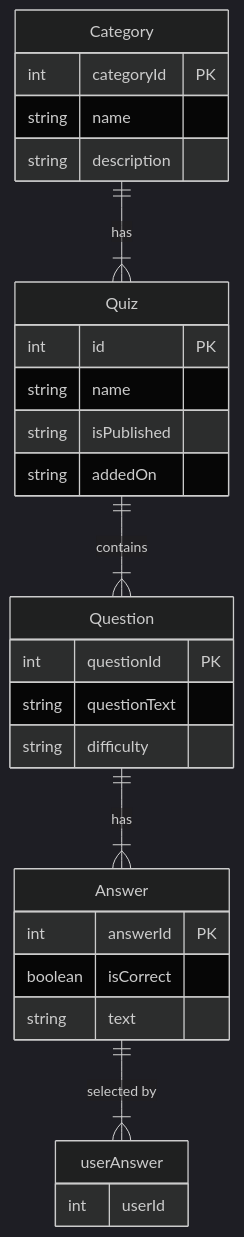
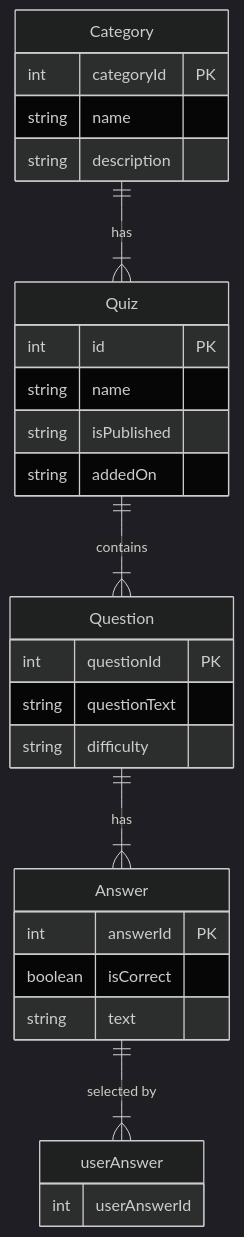
The diagram in README.md (NULL-Haaga-Helia/Quiz_Project), drawn with Mermaid (dark theme) before and after one commit. The commit also changed 1 other file, not shown here.

Commit message:
small update

````diff
--- a/README.md
+++ b/README.md
@@ -71,32 +71,32 @@
 ```mermaid
 erDiagram
 Category {
 int categoryId PK
 string name
 string description
 }
 Quiz {
 int id PK
 string name
 string isPublished
 string addedOn
 }
 Question {
 int questionId PK
 string questionText
 string difficulty
 }
 Answer {
 int answerId PK
 boolean isCorrect
 string text
 }
 userAnswer {
-int userId
+int userAnswerId
 }
 
     Category ||--|{ Quiz : "has"
     Quiz ||--|{ Question : "contains"
     Question ||--|{ Answer : "has"
     Answer ||--|{ userAnswer : "selected by"
 ```
````
